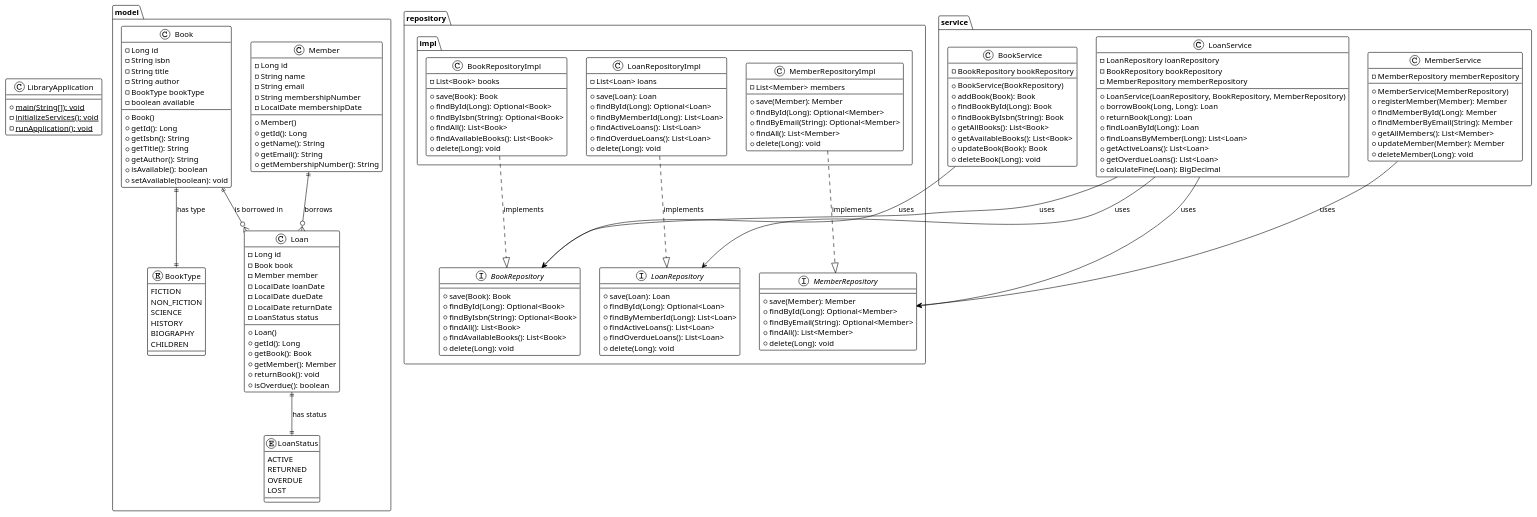
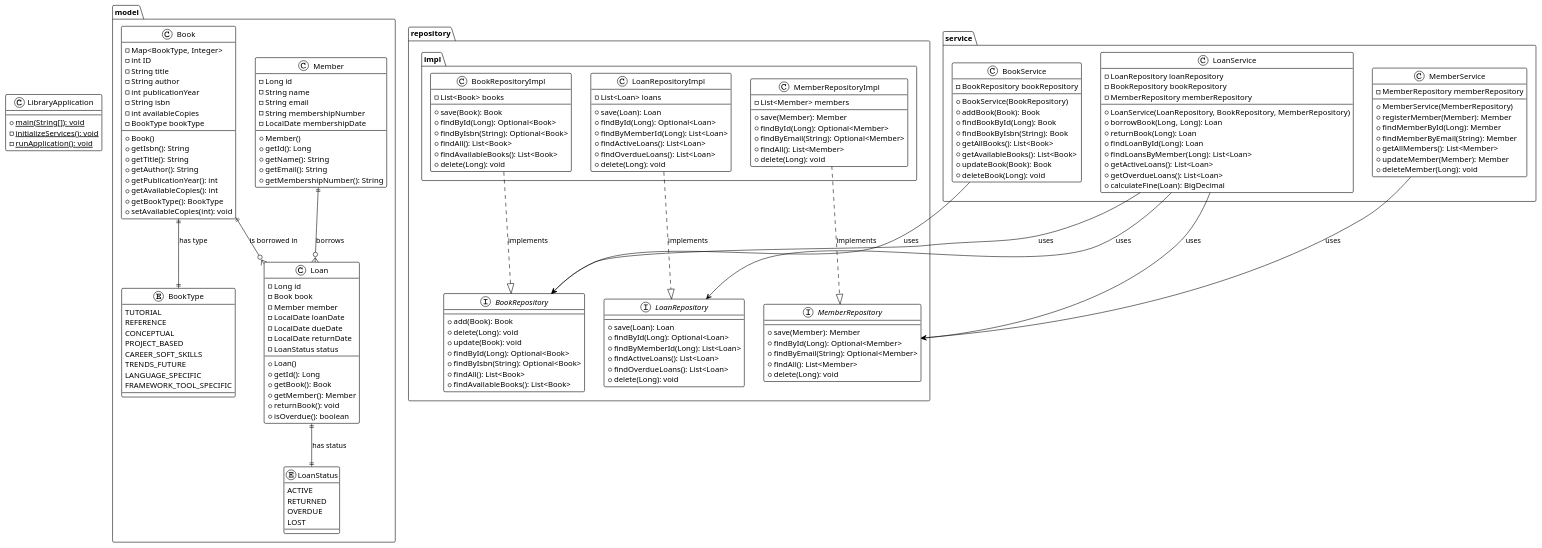
The diagram in Library_v2.puml (Tamara060890/EW2_LIBRARY_V2), drawn with PlantUML before and after one commit. The commit also changed 9 other files, not shown here.

```diff
--- a/Library_v2.puml
+++ b/Library_v2.puml
@@ -5,19 +5,22 @@
 ' Model Package
 package "model" {
     class Book {
-        -Long id
-        -String isbn
+        -Map<BookType, Integer>
+        -int ID
         -String title
         -String author
+        -int publicationYear
+        -String isbn
+        -int availableCopies
         -BookType bookType
-        -boolean available
         +Book()
-        +getId(): Long
         +getIsbn(): String
         +getTitle(): String
         +getAuthor(): String
-        +isAvailable(): boolean
-        +setAvailable(boolean): void
+        +getPublicationYear(): int
+        +getAvailableCopies(): int
+        +getBookType(): BookType
+        +setAvailableCopies(int): void
     }
 
     class Member {
@@ -50,12 +53,14 @@
     }
 
     enum BookType {
-        FICTION
-        NON_FICTION
-        SCIENCE
-        HISTORY
-        BIOGRAPHY
-        CHILDREN
+        TUTORIAL
+        REFERENCE
+        CONCEPTUAL
+        PROJECT_BASED
+        CAREER_SOFT_SKILLS
+        TRENDS_FUTURE
+        LANGUAGE_SPECIFIC
+        FRAMEWORK_TOOL_SPECIFIC
     }
 
     enum LoanStatus {
@@ -69,12 +74,14 @@
 ' Repository Package
 package "repository" {
     interface BookRepository {
-        +save(Book): Book
+        +add(Book): Book
+        +delete(Long): void
+        +update(Book): void
         +findById(Long): Optional<Book>
         +findByIsbn(String): Optional<Book>
         +findAll(): List<Book>
         +findAvailableBooks(): List<Book>
-        +delete(Long): void
+
     }
 
     interface MemberRepository {
```
